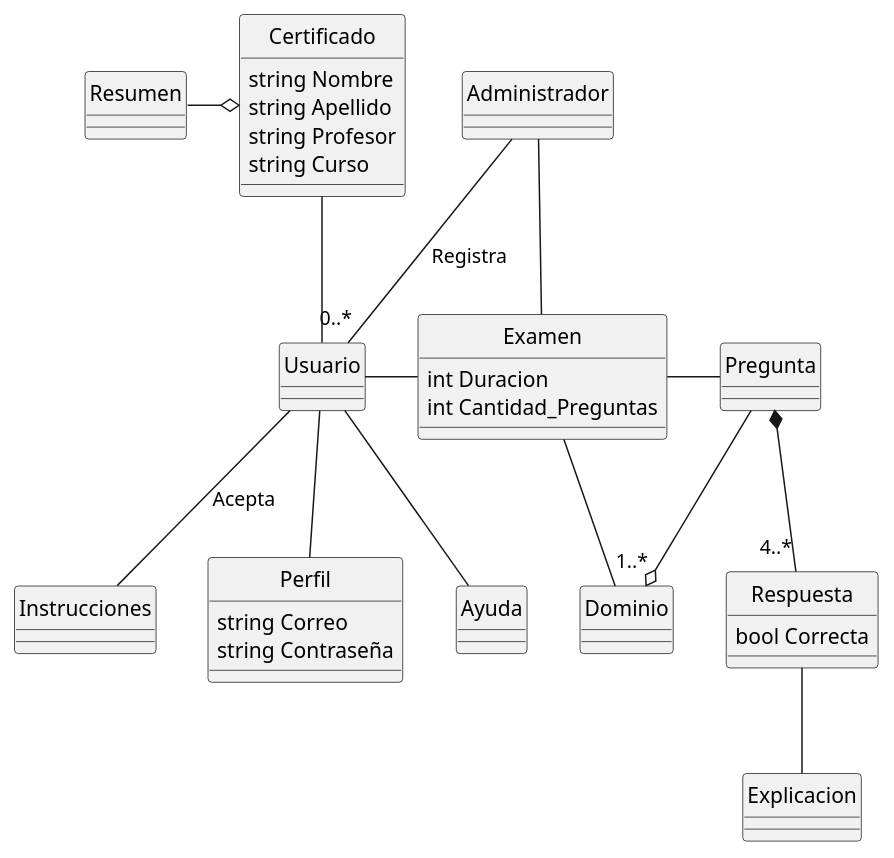
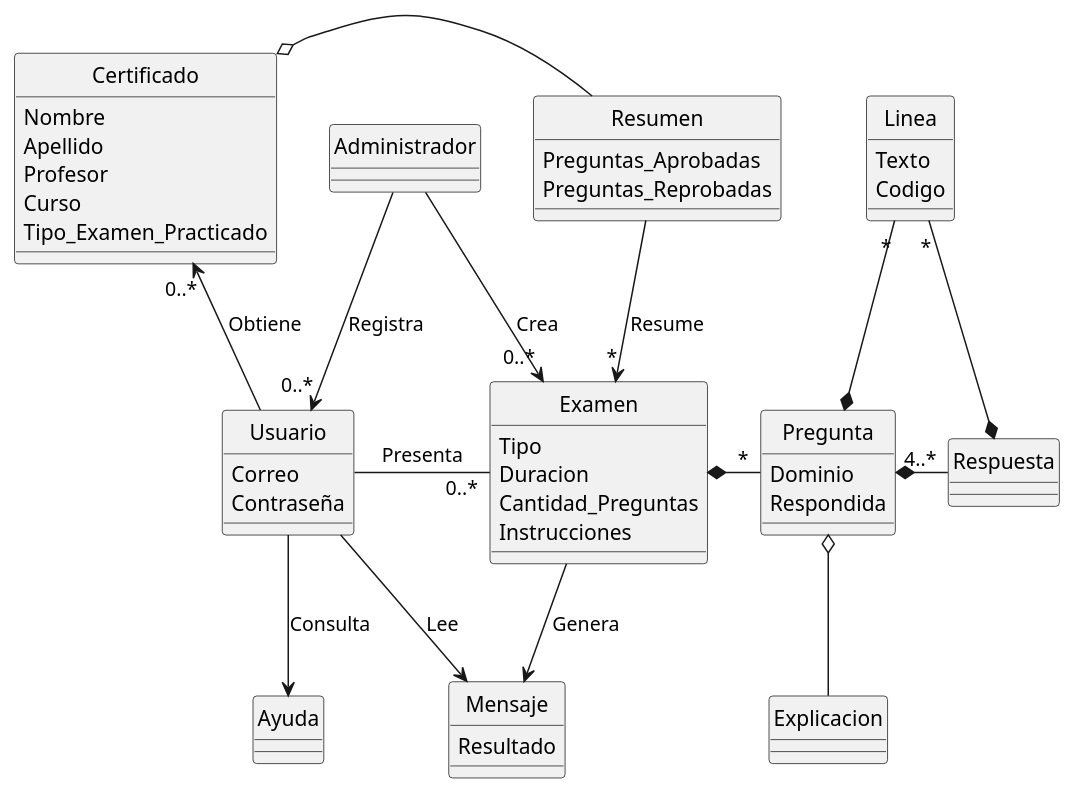
One commit to TheSProyect/Ingenieria-de-Software changed the diagram in Project-ClassDiagram.plantuml. Above: the diagram before and after it, drawn with PlantUML. The commit also changed 1 other file, not shown here.

```diff
--- a/Project-ClassDiagram.plantuml
+++ b/Project-ClassDiagram.plantuml
@@ -1,69 +1,82 @@
 @startuml 
 
 skinparam style strictuml
 
 class "Administrador" as Admin
 
 class "Certificado" as Certify {
-    string Nombre
-    string Apellido
-    string Profesor
-    string Curso
-
+    Nombre
+    Apellido
+    Profesor
+    Curso
+    Tipo_Examen_Practicado
 }
 
-class "Usuario" as User
+class "Usuario" as User {
+    Correo
+    Contraseña
+}
 
 class "Examen" as Exam {
-    int Duracion 
-    int Cantidad_Preguntas
+    Tipo
+    Duracion 
+    Cantidad_Preguntas
+    Instrucciones
 }
 
-class "Pregunta" as Question
-
-class "Instrucciones" as Instructions
+class "Pregunta" as Question{
+    Dominio
+    Respondida
+}
 
 class "Respuesta" as Answer{
-    bool Correcta
+    
 }
 
-class "Resumen" as Summary
-
-class "Perfil" as Profile {
-    string Correo
-    string Contraseña
+class "Resumen" as Summary{
+    Preguntas_Aprobadas
+    Preguntas_Reprobadas
 }
 
 class "Explicacion" as Explanation
 
+class "Linea" as Code {
+    Texto 
+    Codigo
+}
+
 class "Ayuda" as Help
 
-class "Dominio" as Domain
+class "Mensaje" as Message {
+    Resultado
+}
 
-Exam -- Domain
+Question o-- Explanation
 
-User -- Profile
+Admin --> "0..*" Exam : Crea
 
-Answer -- Explanation
+Admin --> "0..*" User : Registra
 
-Admin -- Exam
+Question *-r- "4..*" Answer 
 
-Admin -- "0..*" User : Registra
+User -r- "0..*" Exam : Presenta
 
-User -- Instructions : Acepta
+Exam *-r- "*" Question
 
-Question *-- "4..*" Answer 
+Summary -l-o Certify 
 
-User -r- Exam
+Certify "0..*" <-down- User : Obtiene
 
-User -- Help
+Code "*" --* Answer
 
-Exam -r- Question
+Code "*" --* Question
 
-Question --o "1..*" Domain
+Summary --> "*" Exam : Resume
 
-Summary -r-o Certify
+User --> Help : Consulta
 
-Certify -- User
+User --> Message : Lee
+
+Exam --> Message : Genera
 
 @enduml
```
